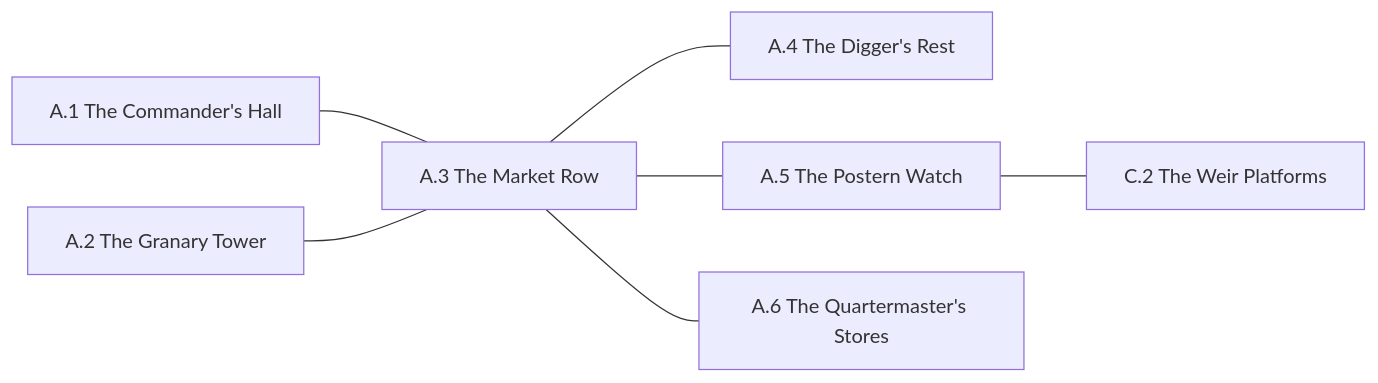
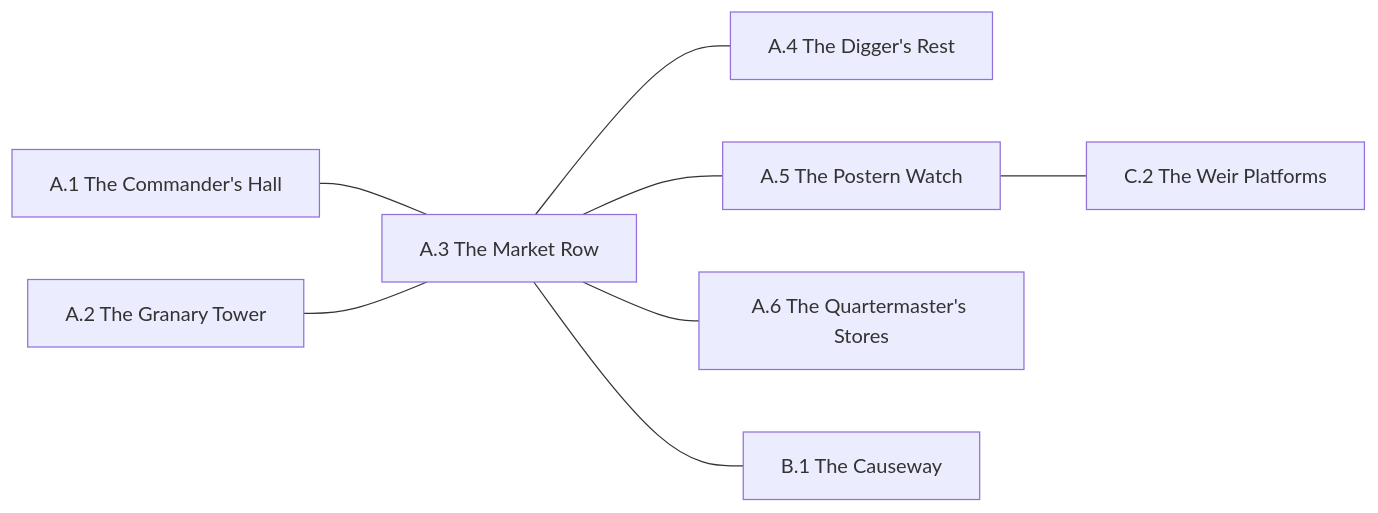
One commit to rstevenson1237/setting_builder changed the diagram in setting/region/A/Connections.mmd. Above: the diagram before and after it, drawn with Mermaid. The commit also changed other lines of this file and 13 other files, not shown here.

````diff
--- a/setting/region/A/Connections.mmd
+++ b/setting/region/A/Connections.mmd
@@ -1,9 +1,10 @@
 ```mermaid
 graph LR
     A1["A.1 The Commander's Hall"] --- A3["A.3 The Market Row"]
     A2["A.2 The Granary Tower"] --- A3
     A3 --- A4["A.4 The Digger's Rest"]
     A3 --- A5["A.5 The Postern Watch"]
     A3 --- A6["A.6 The Quartermaster's Stores"]
     A5["A.5 The Postern Watch"] --- C2["C.2 The Weir Platforms"]
+    A3 --- B1["B.1 The Causeway"]
 ```
````
